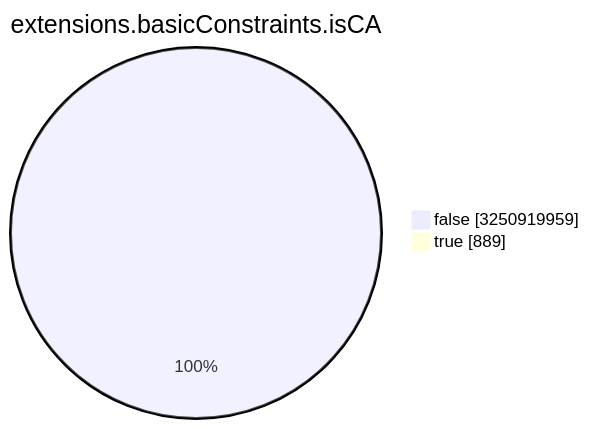
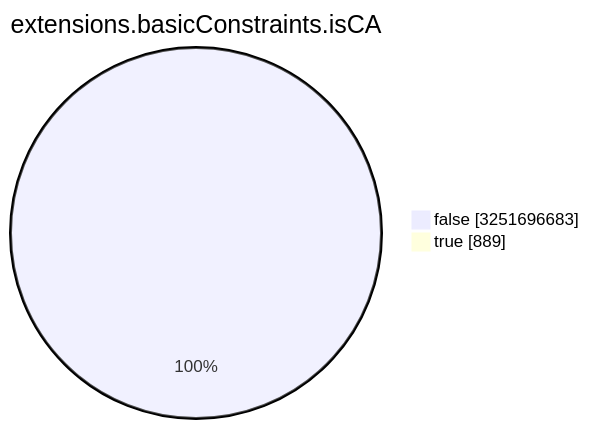
Before and after one commit to christiankrug/ctmonitor_visualization: the seventh of 15 diagrams in TOTAL/README.md, drawn with Mermaid. The commit also changed other lines of this file, not shown here.

````diff
--- a/TOTAL/README.md
+++ b/TOTAL/README.md
@@ -3088,6 +3088,6 @@
 ```mermaid
 pie showData
 title extensions.basicConstraints.isCA
-"false" :3250919959
+"false" :3251696683
 "true" :889
 ```
````
